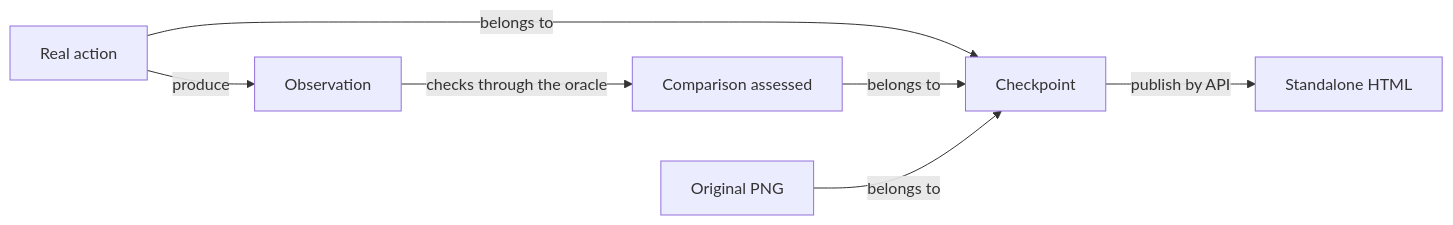
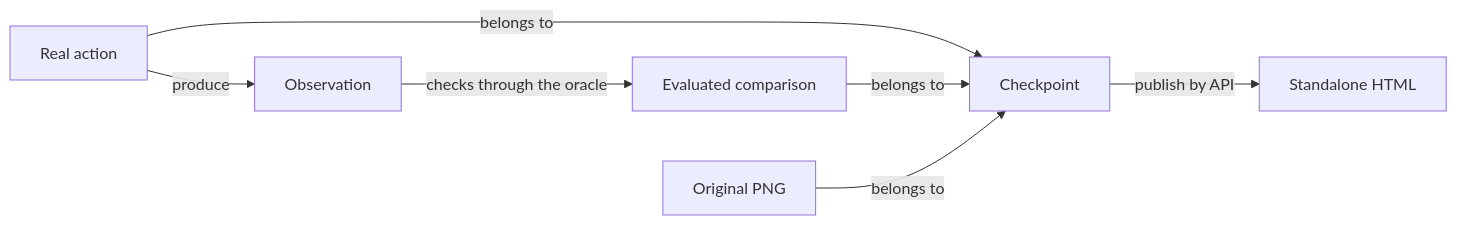
Before and after one commit to crististefanita/whist: the diagram in docs/reporting/ATF_Android.md, drawn with Mermaid. The commit also changed other lines of this file and 20 other files, not shown here.

````diff
--- a/docs/reporting/ATF_Android.md
+++ b/docs/reporting/ATF_Android.md
@@ -9,9 +9,9 @@
 ```mermaid
 flowchart LR
     ACTION[Real action] -->|produce| OBS[Observation]
-    OBS -->|checks through the oracle| ASSERT[Comparison assessed]
+    OBS -->|checks through the oracle| ASSERT[Evaluated comparison]
     ACTION -->|belongs to| CHECK[Checkpoint]
     ASSERT -->|belongs to| CHECK
     IMAGE[Original PNG] -->|belongs to| CHECK
     CHECK -->|publish by API| HTML[Standalone HTML]
 ```
````
